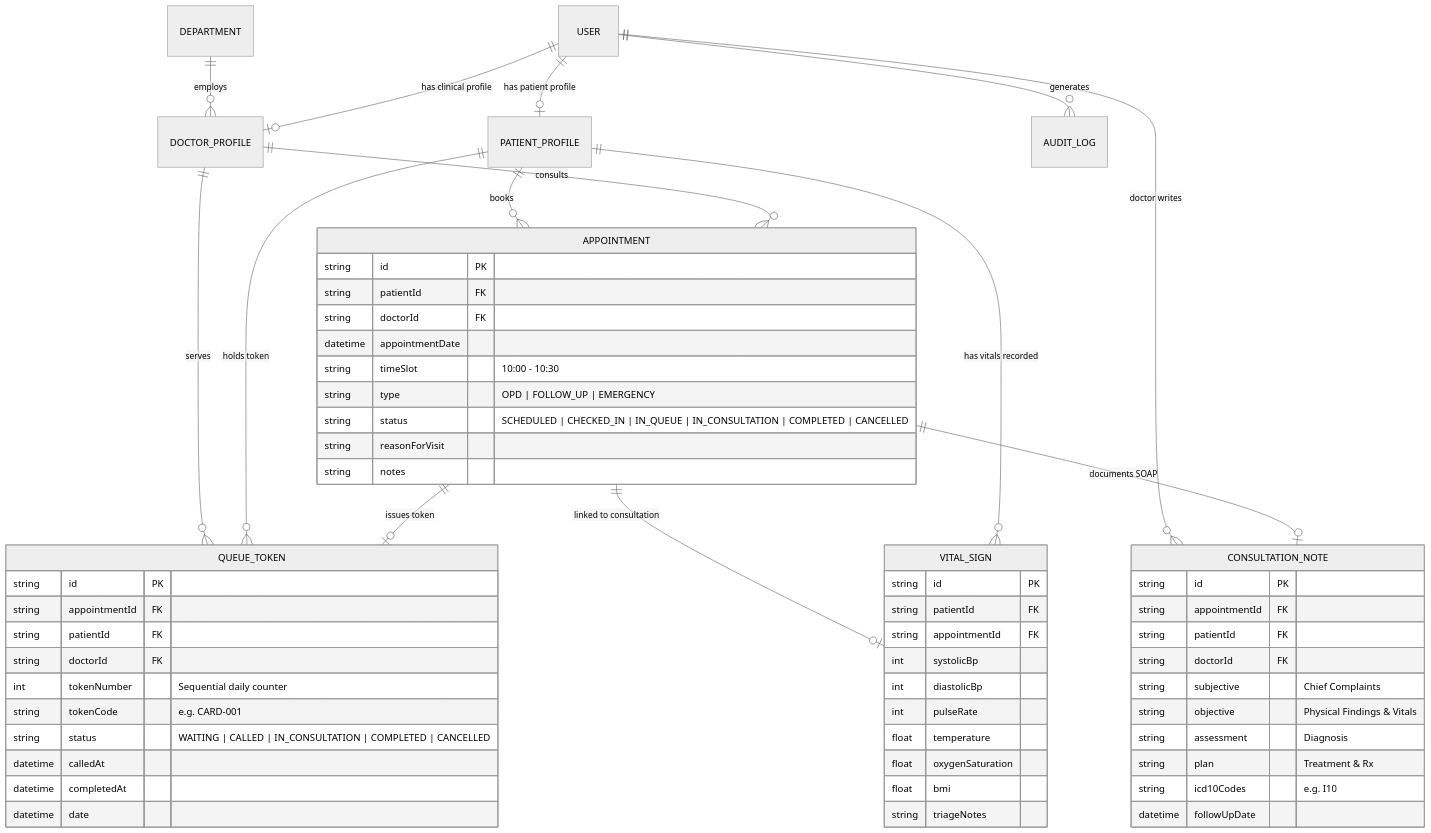
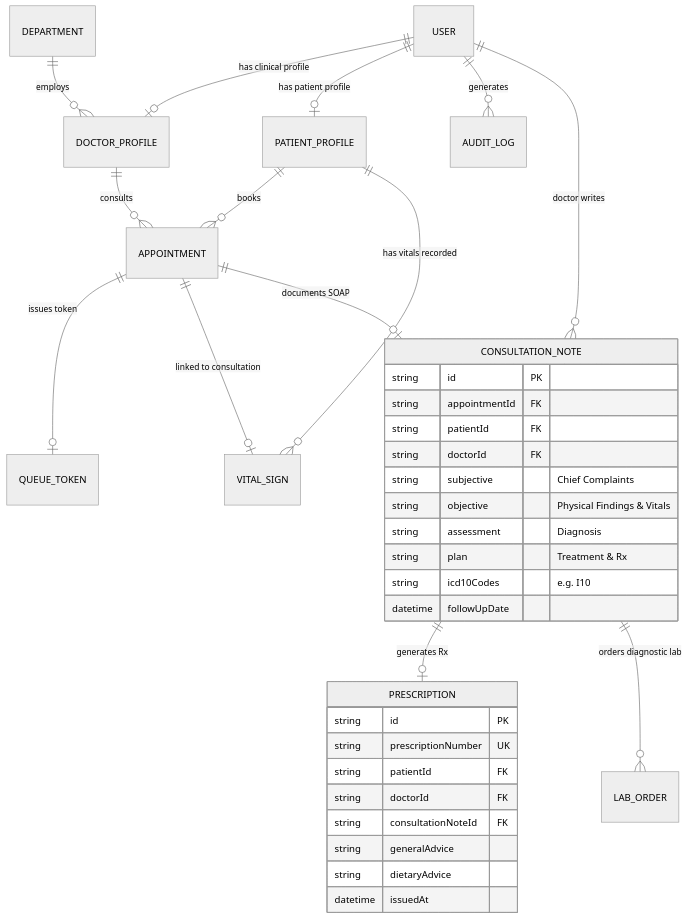
The diagram in README.md (ansariking51214/Smart-Hospital-management-system), drawn with Mermaid (neutral theme) before and after one commit. The commit also changed other lines of this file and 11 other files, not shown here.

Commit message:
feat(module3-day1): implement doctor consultation workstation, 360 patient EHR snapshot, live vitals radar, critical allergy warnings, and outpatient worklist

````diff
--- a/README.md
+++ b/README.md
@@ -80,67 +77,40 @@
 ```mermaid
 erDiagram
     USER ||--o| DOCTOR_PROFILE : "has clinical profile"
     USER ||--o| PATIENT_PROFILE : "has patient profile"
     USER ||--o{ AUDIT_LOG : "generates"
     DEPARTMENT ||--o{ DOCTOR_PROFILE : "employs"
     DOCTOR_PROFILE ||--o{ APPOINTMENT : "consults"
     PATIENT_PROFILE ||--o{ APPOINTMENT : "books"
     APPOINTMENT ||--o| QUEUE_TOKEN : "issues token"
-    PATIENT_PROFILE ||--o{ QUEUE_TOKEN : "holds token"
-    DOCTOR_PROFILE ||--o{ QUEUE_TOKEN : "serves"
     PATIENT_PROFILE ||--o{ VITAL_SIGN : "has vitals recorded"
     APPOINTMENT ||--o| VITAL_SIGN : "linked to consultation"
     APPOINTMENT ||--o| CONSULTATION_NOTE : "documents SOAP"
     USER ||--o{ CONSULTATION_NOTE : "doctor writes"
-
-    APPOINTMENT {
-        string id PK
-        string patientId FK
-        string doctorId FK
-        datetime appointmentDate
-        string timeSlot "10:00 - 10:30"
-        string type "OPD | FOLLOW_UP | EMERGENCY"
-        string status "SCHEDULED | CHECKED_IN | IN_QUEUE | IN_CONSULTATION | COMPLETED | CANCELLED"
-        string reasonForVisit
-        string notes
-    }
+    CONSULTATION_NOTE ||--o| PRESCRIPTION : "generates Rx"
+    CONSULTATION_NOTE ||--o{ LAB_ORDER : "orders diagnostic lab"
 
     CONSULTATION_NOTE {
         string id PK
         string appointmentId FK
         string patientId FK
         string doctorId FK
         string subjective "Chief Complaints"
         string objective "Physical Findings & Vitals"
         string assessment "Diagnosis"
         string plan "Treatment & Rx"
         string icd10Codes "e.g. I10"
         datetime followUpDate
     }
 
-    QUEUE_TOKEN {
+    PRESCRIPTION {
         string id PK
-        string appointmentId FK
+        string prescriptionNumber UK
         string patientId FK
         string doctorId FK
-        int tokenNumber "Sequential daily counter"
-        string tokenCode "e.g. CARD-001"
-        string status "WAITING | CALLED | IN_CONSULTATION | COMPLETED | CANCELLED"
-        datetime calledAt
-        datetime completedAt
-        datetime date
-    }
-
-    VITAL_SIGN {
-        string id PK
-        string patientId FK
-        string appointmentId FK
-        int systolicBp
-        int diastolicBp
-        int pulseRate
-        float temperature
-        float oxygenSaturation
-        float bmi
-        string triageNotes
+        string consultationNoteId FK
+        string generalAdvice
+        string dietaryAdvice
+        datetime issuedAt
     }
 ```
````
